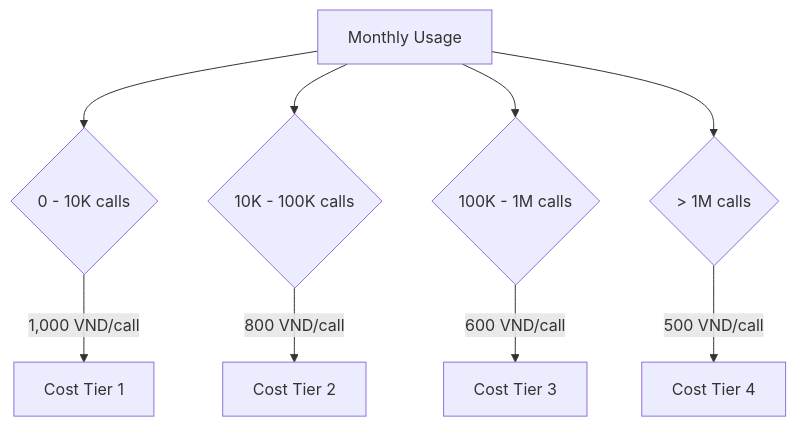
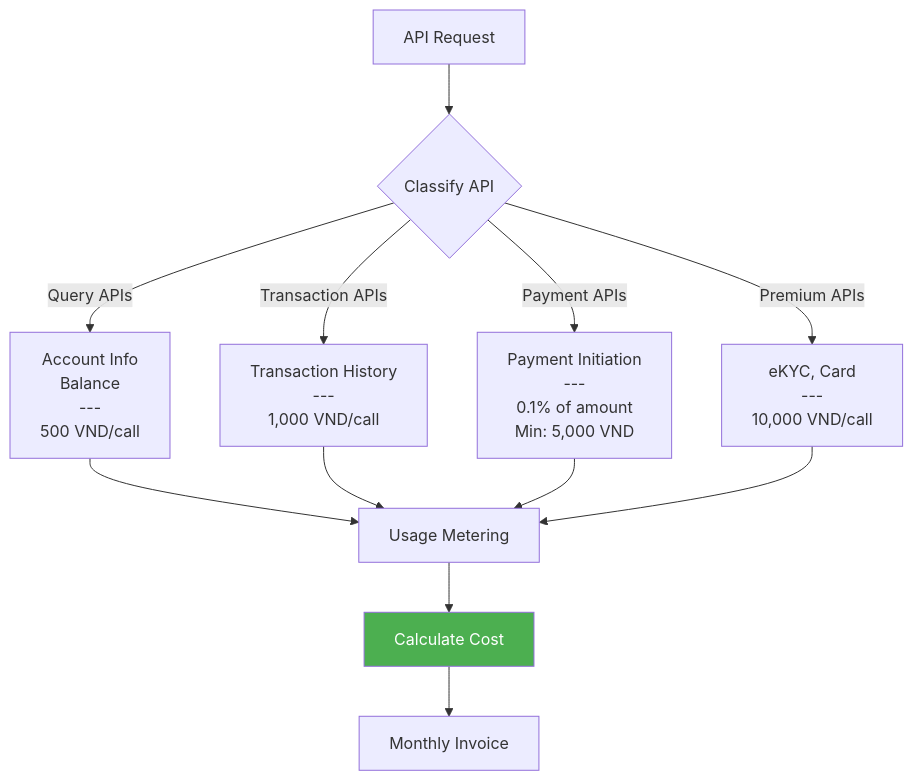
The third of 15 diagrams in 09-Thuong-mai-hoa-API.md (huuhoait/openbanking-vn-specs), drawn with Mermaid before and after one commit. The commit also changed other lines of this file and 14 other files, not shown here.

````diff
--- a/09-Thuong-mai-hoa-API.md
+++ b/09-Thuong-mai-hoa-API.md
@@ -121,14 +107,21 @@
 ```mermaid
 graph TB
-    Usage[Monthly Usage]
+    Request[API Request]
     
-    Usage --> Tier1{0 - 10K calls}
-    Usage --> Tier2{10K - 100K calls}
-    Usage --> Tier3{100K - 1M calls}
-    Usage --> Tier4{> 1M calls}
+    Request --> Classify{Classify API}
     
-    Tier1 -->|1,000 VND/call| Price1[Cost Tier 1]
-    Tier2 -->|800 VND/call| Price2[Cost Tier 2]
-    Tier3 -->|600 VND/call| Price3[Cost Tier 3]
-    Tier4 -->|500 VND/call| Price4[Cost Tier 4]
+    Classify -->|Query APIs| Query[Account Info<br/>Balance<br/>---<br/>500 VND/call]
+    Classify -->|Transaction APIs| Txn[Transaction History<br/>---<br/>1,000 VND/call]
+    Classify -->|Payment APIs| Payment[Payment Initiation<br/>---<br/>0.1% of amount<br/>Min: 5,000 VND]
+    Classify -->|Premium APIs| Premium[eKYC, Card<br/>---<br/>10,000 VND/call]
+    
+    Query --> Meter[Usage Metering]
+    Txn --> Meter
+    Payment --> Meter
+    Premium --> Meter
+    
+    Meter --> Calculate[Calculate Cost]
+    Calculate --> Invoice[Monthly Invoice]
+    
+    style Calculate fill:#4caf50,color:#fff
 ```
````
